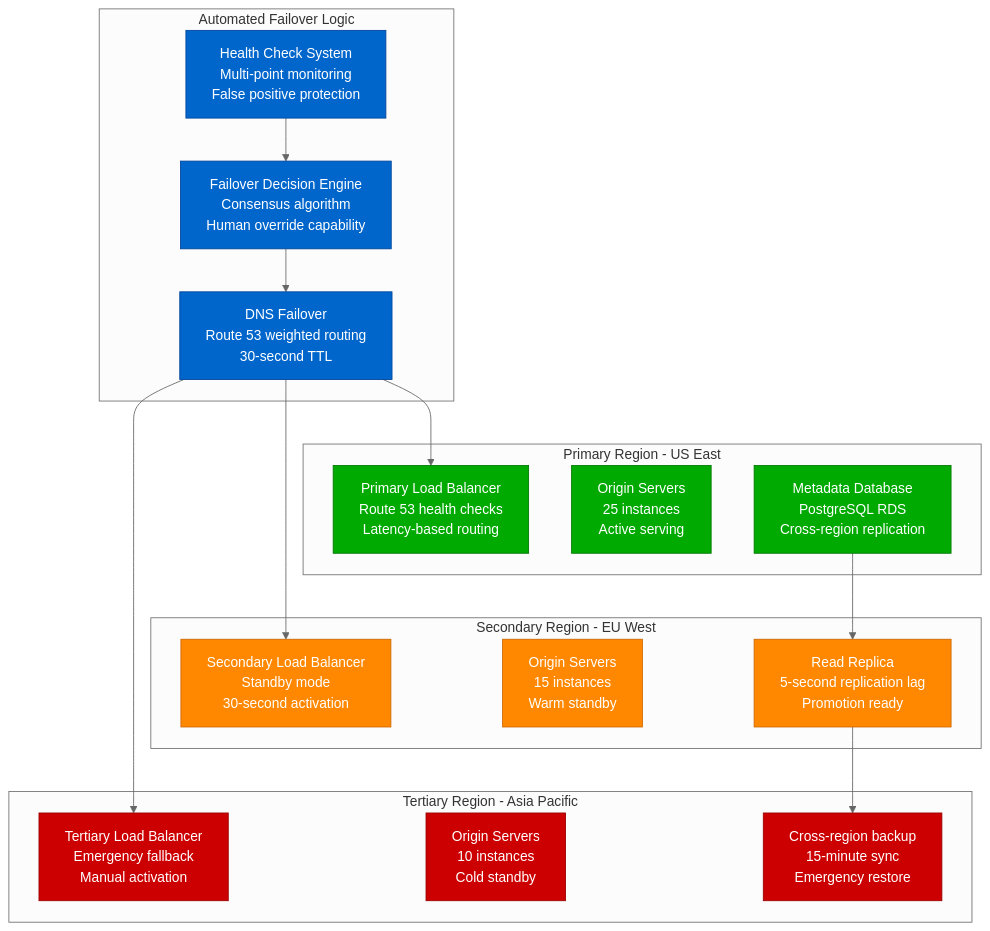
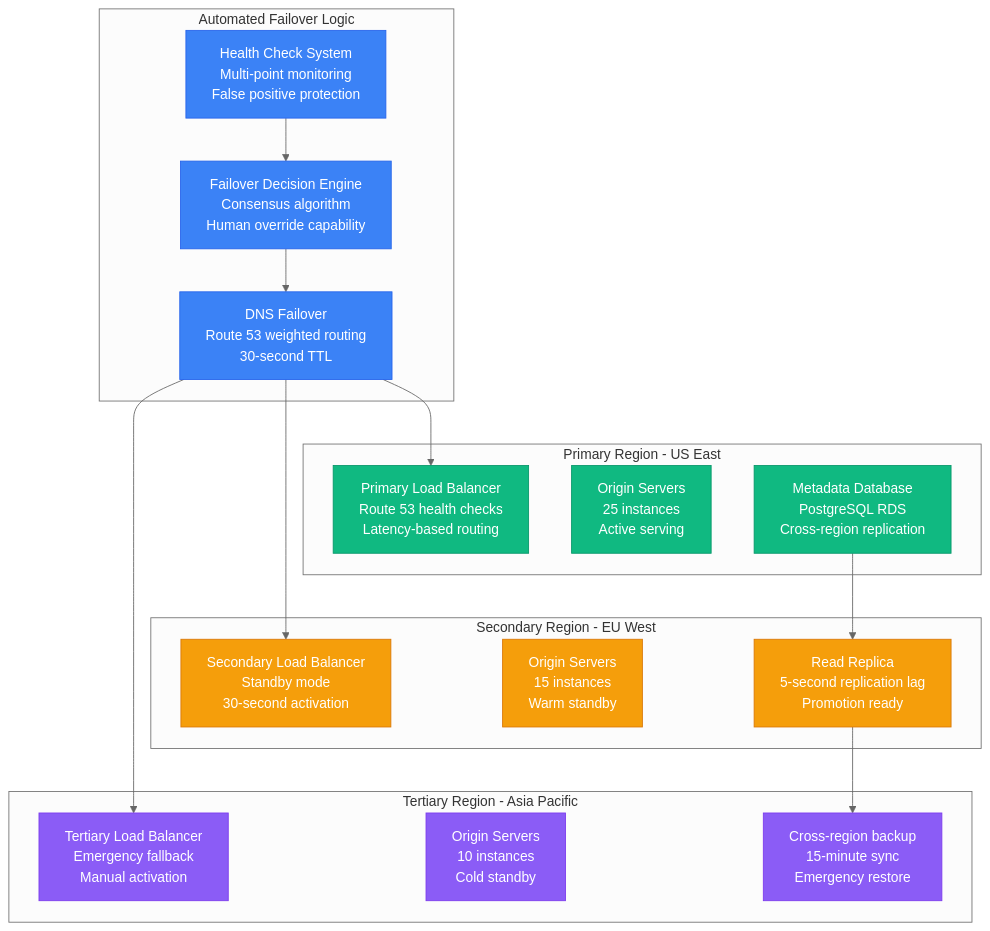
Before and after one commit to deepaucksharma/DS: the fourth of 4 diagrams in site/docs/capacity/world-cup-streaming-capacity.md, drawn with Mermaid (neutral theme). The commit also changed other lines of this file and 187 other files, not shown here.

````diff
--- a/site/docs/capacity/world-cup-streaming-capacity.md
+++ b/site/docs/capacity/world-cup-streaming-capacity.md
@@ -838,46 +838,46 @@
 ```mermaid
 graph TB
     subgraph PrimaryRegion[Primary Region - US East]
         PRIMARY_LB[Primary Load Balancer<br/>Route 53 health checks<br/>Latency-based routing]
         PRIMARY_ORIGIN[Origin Servers<br/>25 instances<br/>Active serving]
         PRIMARY_DB[Metadata Database<br/>PostgreSQL RDS<br/>Cross-region replication]
     end
 
     subgraph SecondaryRegion[Secondary Region - EU West]
         SECONDARY_LB[Secondary Load Balancer<br/>Standby mode<br/>30-second activation]
         SECONDARY_ORIGIN[Origin Servers<br/>15 instances<br/>Warm standby]
         SECONDARY_DB[Read Replica<br/>5-second replication lag<br/>Promotion ready]
     end
 
     subgraph TertiaryRegion[Tertiary Region - Asia Pacific]
         TERTIARY_LB[Tertiary Load Balancer<br/>Emergency fallback<br/>Manual activation]
         TERTIARY_ORIGIN[Origin Servers<br/>10 instances<br/>Cold standby]
         TERTIARY_DB[Cross-region backup<br/>15-minute sync<br/>Emergency restore]
     end
 
     subgraph FailoverLogic[Automated Failover Logic]
         HEALTH_CHECK[Health Check System<br/>Multi-point monitoring<br/>False positive protection]
         DECISION_ENGINE[Failover Decision Engine<br/>Consensus algorithm<br/>Human override capability]
         DNS_SWITCH[DNS Failover<br/>Route 53 weighted routing<br/>30-second TTL]
     end
 
     HEALTH_CHECK --> DECISION_ENGINE
     DECISION_ENGINE --> DNS_SWITCH
 
     DNS_SWITCH --> PRIMARY_LB
     DNS_SWITCH --> SECONDARY_LB
     DNS_SWITCH --> TERTIARY_LB
 
     PRIMARY_DB --> SECONDARY_DB
     SECONDARY_DB --> TERTIARY_DB
 
-    classDef primaryStyle fill:#00AA00,stroke:#007700,color:#fff
-    classDef secondaryStyle fill:#FF8800,stroke:#CC6600,color:#fff
-    classDef tertiaryStyle fill:#CC0000,stroke:#990000,color:#fff
-    classDef logicStyle fill:#0066CC,stroke:#004499,color:#fff
+    classDef primaryStyle fill:#10B981,stroke:#059669,color:#fff
+    classDef secondaryStyle fill:#F59E0B,stroke:#D97706,color:#fff
+    classDef tertiaryStyle fill:#8B5CF6,stroke:#7C3AED,color:#fff
+    classDef logicStyle fill:#3B82F6,stroke:#2563EB,color:#fff
 
     class PRIMARY_LB,PRIMARY_ORIGIN,PRIMARY_DB primaryStyle
     class SECONDARY_LB,SECONDARY_ORIGIN,SECONDARY_DB secondaryStyle
     class TERTIARY_LB,TERTIARY_ORIGIN,TERTIARY_DB tertiaryStyle
     class HEALTH_CHECK,DECISION_ENGINE,DNS_SWITCH logicStyle
 ```
````
